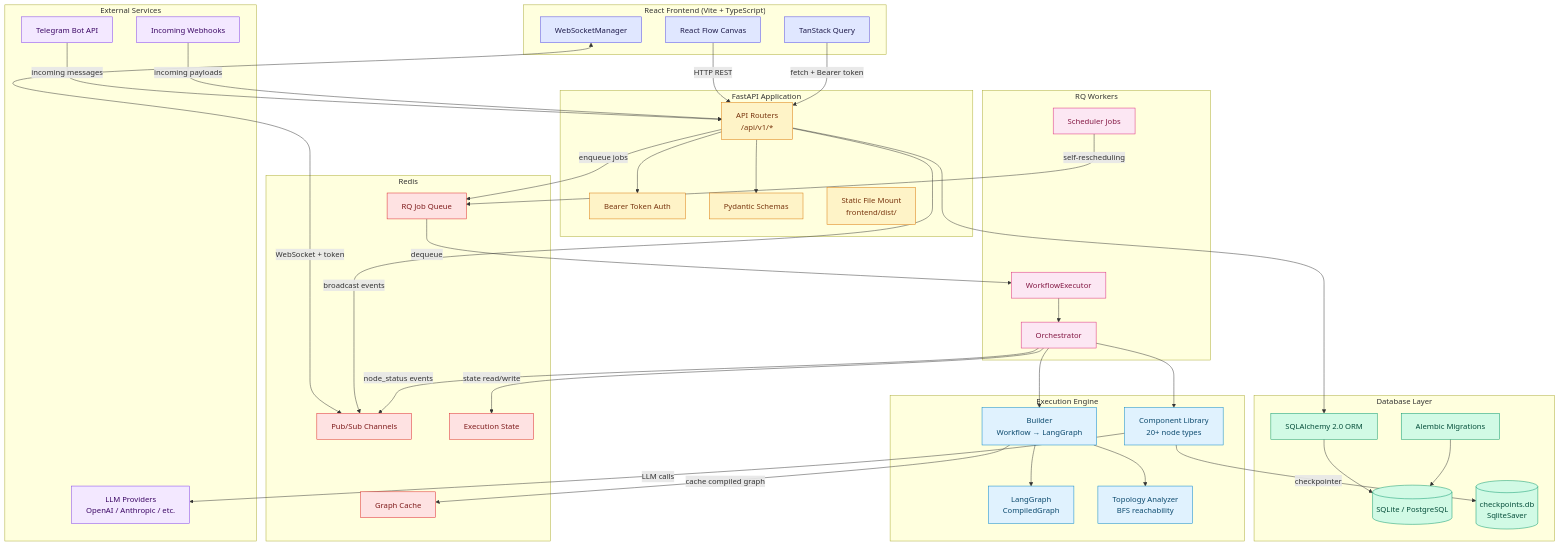
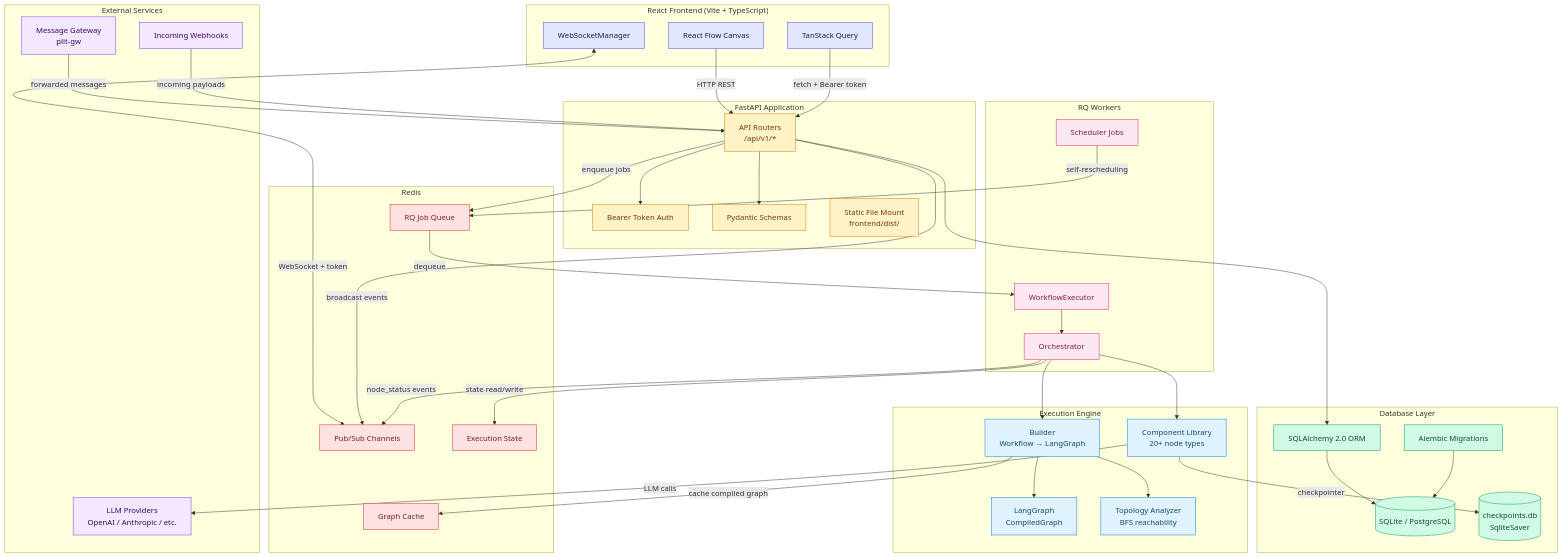
One commit to theuselessai/Pipelit changed the first of 2 diagrams in docs-site/docs/architecture/system-overview.md. Above: the diagram before and after it, drawn with Mermaid. The commit also changed other lines of this file and 58 other files, not shown here.

````diff
--- a/docs-site/docs/architecture/system-overview.md
+++ b/docs-site/docs/architecture/system-overview.md
@@ -48,7 +48,7 @@
 
     subgraph External["External Services"]
         LLM[LLM Providers<br/>OpenAI / Anthropic / etc.]
-        Telegram[Telegram Bot API]
+        Gateway[Message Gateway<br/>plit-gw]
         Webhooks[Incoming Webhooks]
     end
 
@@ -85,7 +85,7 @@
     Builder -->|cache compiled graph| Cache
 
     %% External triggers
-    Telegram -->|incoming messages| Routes
+    Gateway -->|forwarded messages| Routes
     Webhooks -->|incoming payloads| Routes
 
     %% Styling
@@ -103,5 +103,5 @@
     class PubSub,JobQueue,Cache,ExecState redis
     class Executor,Orchestrator,Scheduler worker
     class Builder,LangGraph,Components,Topology exec
-    class LLM,Telegram,Webhooks external
+    class LLM,Gateway,Webhooks external
 ```
````
